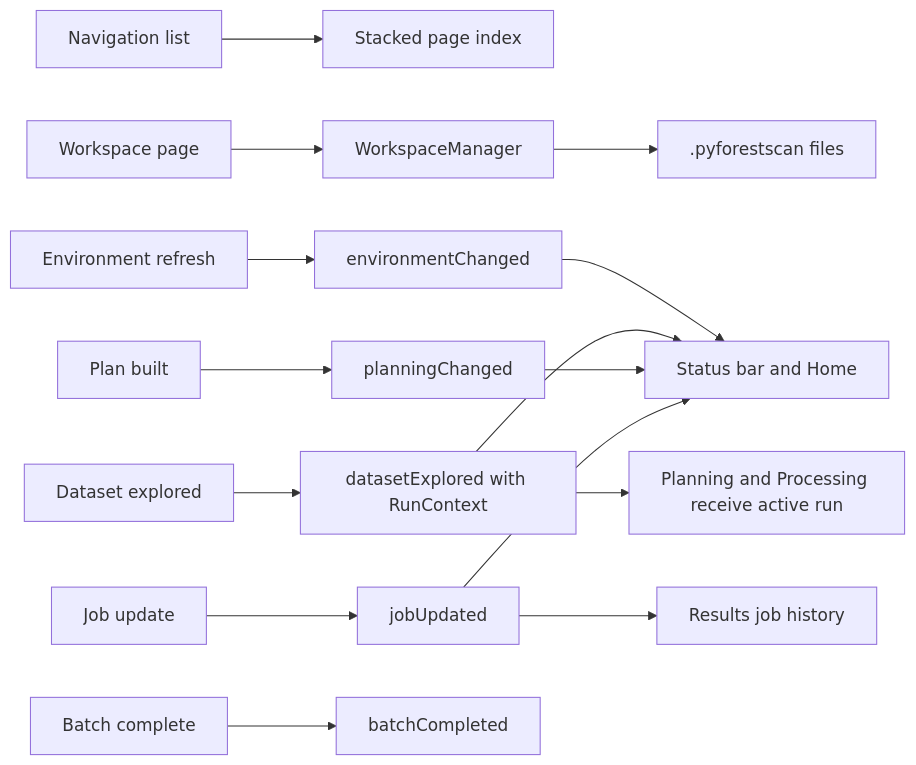
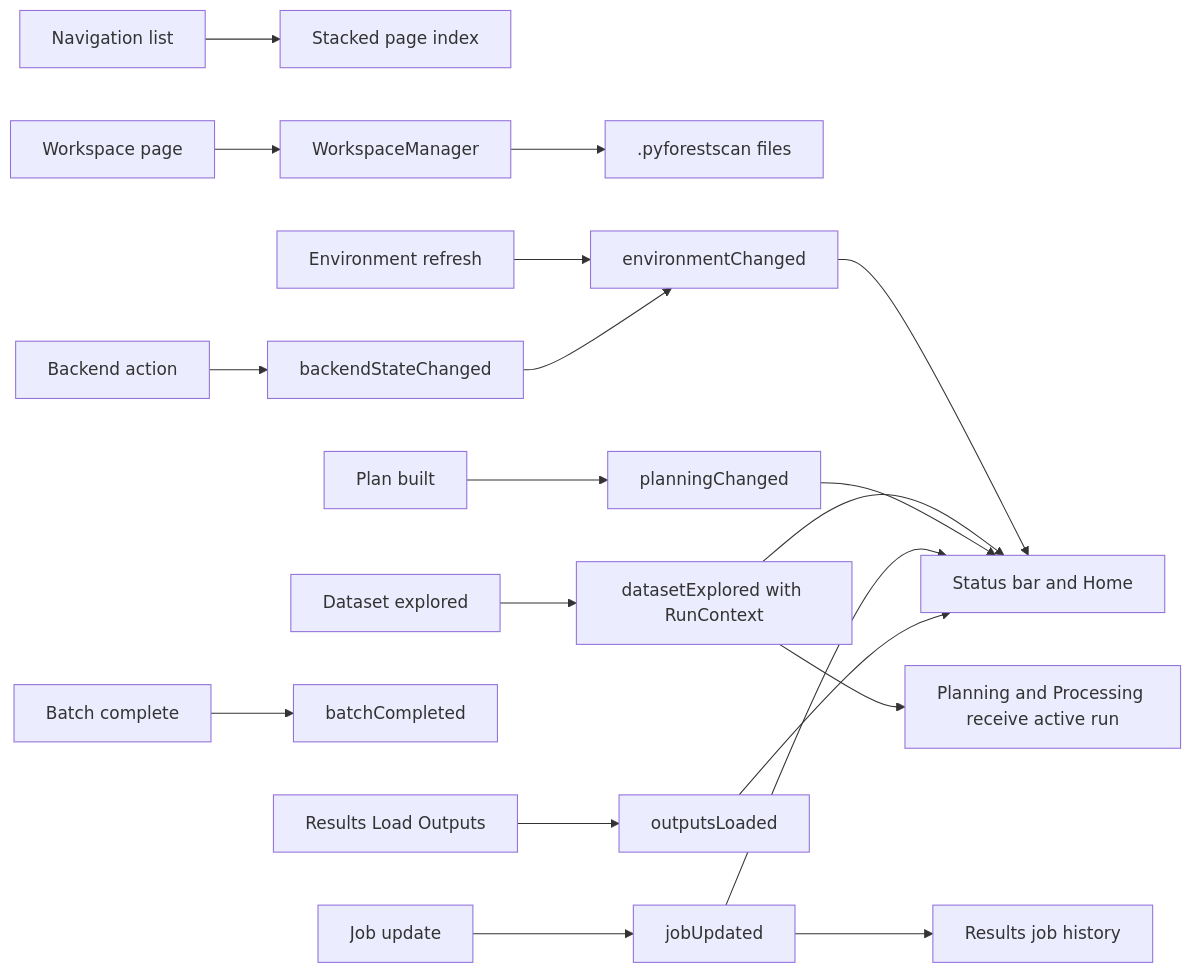
Before and after one commit to sticholas/pyforestscan-qgis: the second of 2 diagrams in docs/ui/MISSION_CONTROL.md, drawn with Mermaid. The commit also changed other lines of this file and 9 other files, not shown here.

````diff
--- a/docs/ui/MISSION_CONTROL.md
+++ b/docs/ui/MISSION_CONTROL.md
@@ -86,17 +88,21 @@
 ```mermaid
 flowchart LR
     A["Navigation list"] --> B["Stacked page index"]
     W["Workspace page"] --> X["WorkspaceManager"]
     X --> Y[".pyforestscan files"]
     C["Environment refresh"] --> D["environmentChanged"]
     E["Dataset explored"] --> F["datasetExplored with RunContext"]
     F --> G["Planning and Processing receive active run"]
     H["Plan built"] --> I["planningChanged"]
     K["Job update"] --> L["jobUpdated"]
     N["Batch complete"] --> O["batchCompleted"]
+    P["Results Load Outputs"] --> Q["outputsLoaded"]
+    R["Backend action"] --> S["backendStateChanged"]
     D --> J["Status bar and Home"]
     F --> J
     I --> J
     L --> J
     L --> M["Results job history"]
+    Q --> J
+    S --> D
 ```
````
